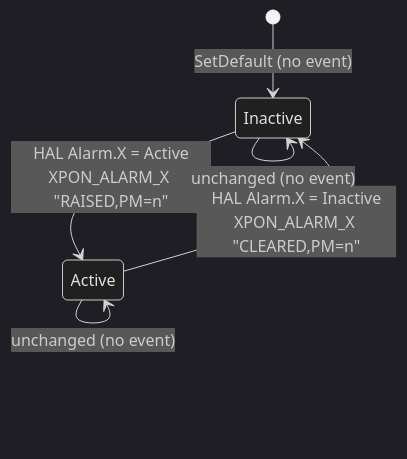
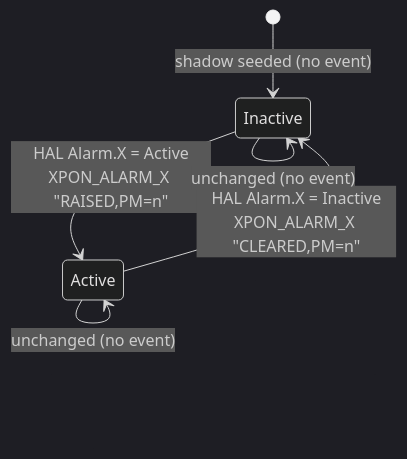
One commit to rdkcentral/gpon-manager changed the seventh of 8 diagrams in docs/07_Telemetry_Design.md. Above: the diagram before and after it, drawn with Mermaid (dark theme). The commit also changed other lines of this file and 9 other files, not shown here.

````diff
--- a/docs/07_Telemetry_Design.md
+++ b/docs/07_Telemetry_Design.md
@@ -337,8 +360,8 @@
 ```mermaid
 stateDiagram-v2
-    [*] --> Inactive: SetDefault (no event)
+    [*] --> Inactive: shadow seeded (no event)
     Inactive --> Active: HAL Alarm.X = Active<br/>XPON_ALARM_X "RAISED,PM=n"
     Active --> Inactive: HAL Alarm.X = Inactive<br/>XPON_ALARM_X "CLEARED,PM=n"
     Active --> Active: unchanged (no event)
     Inactive --> Inactive: unchanged (no event)
 ```
````
